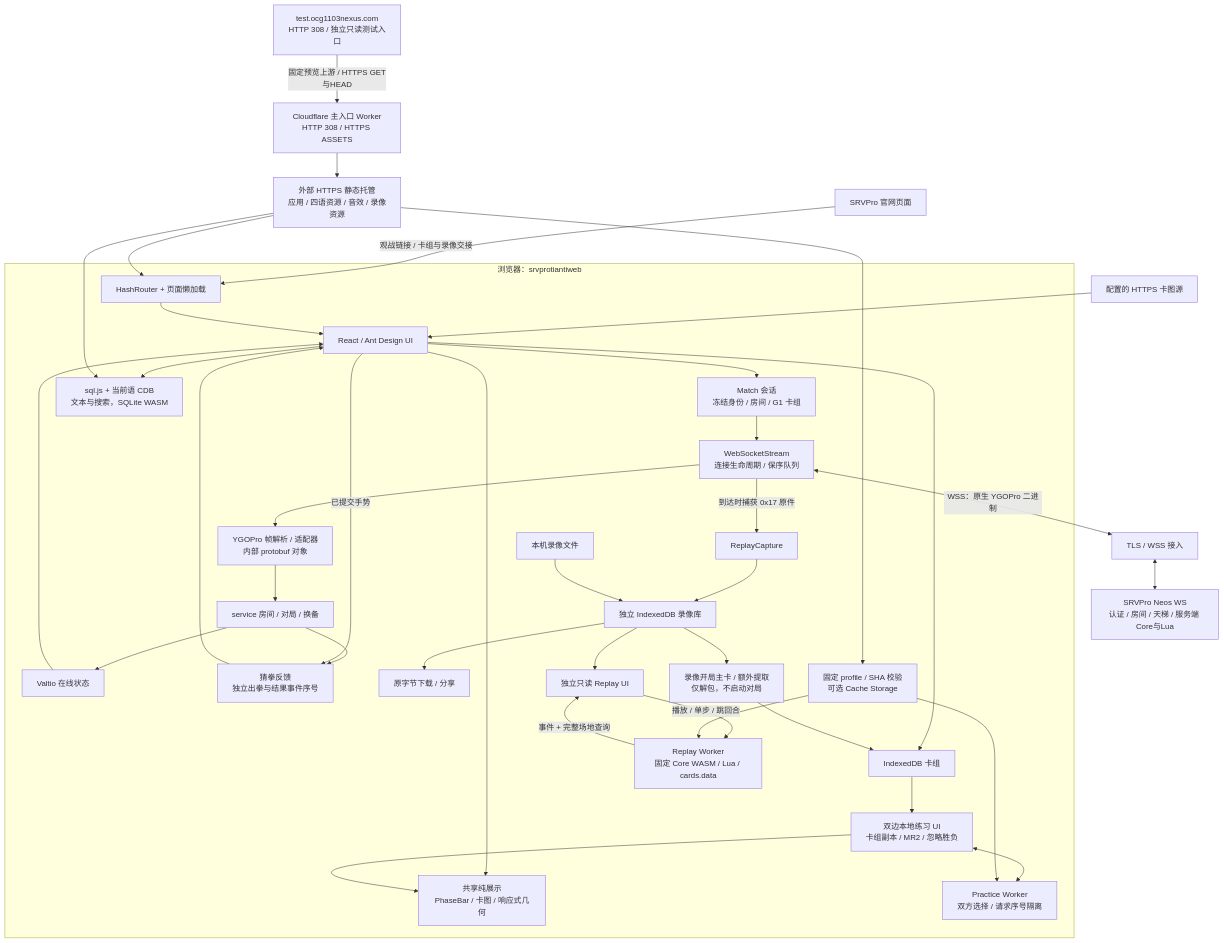
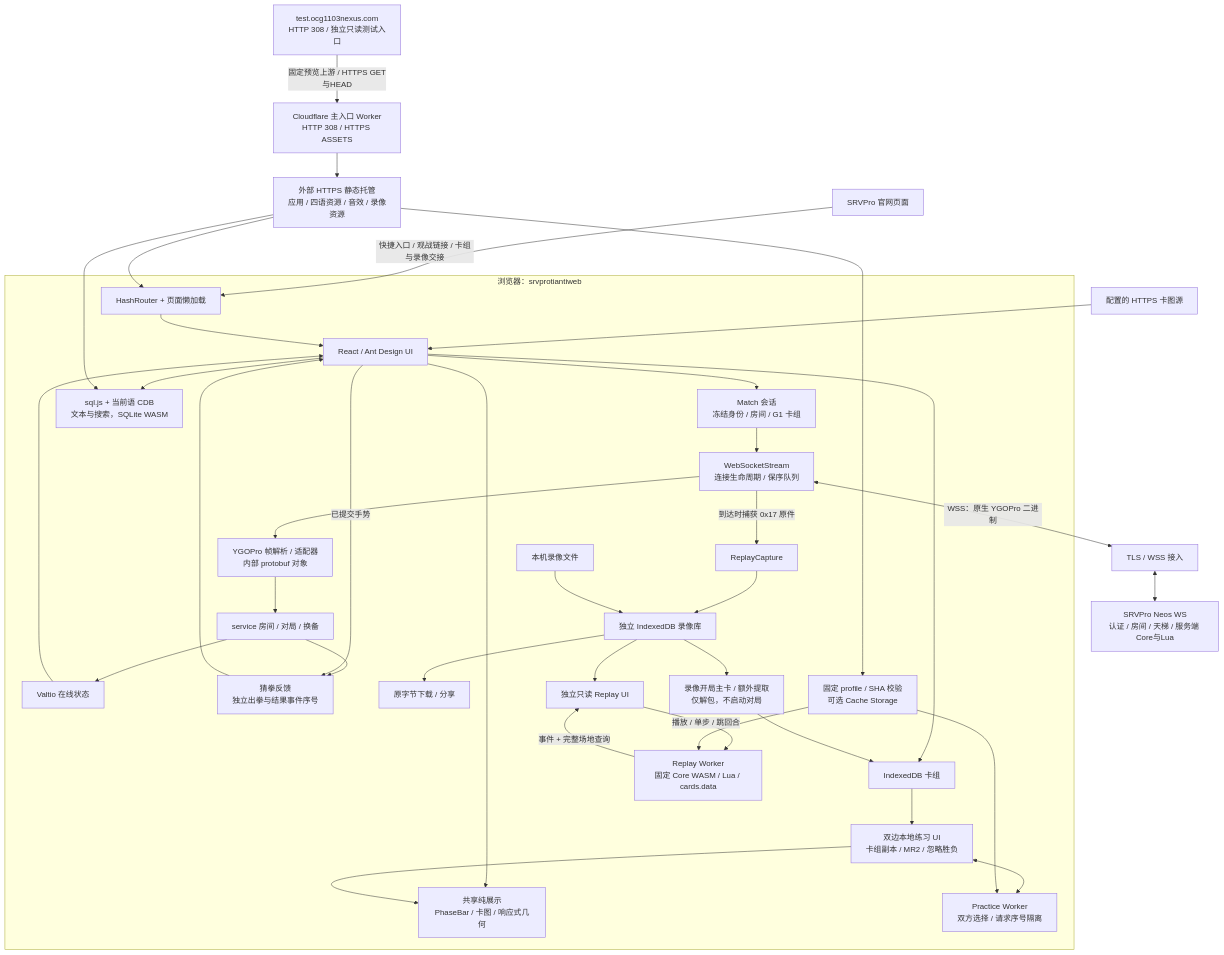
One commit to 301zrg/srvprotiantiweb changed the first of 5 diagrams in docs/ARCHITECTURE.md. Above: the diagram before and after it, drawn with Mermaid. The commit also changed other lines of this file and 15 other files, not shown here.

````diff
--- a/docs/ARCHITECTURE.md
+++ b/docs/ARCHITECTURE.md
@@ -9,41 +9,41 @@
 ```mermaid
 flowchart TB
-  Website["SRVPro 官网页面"] -->|"观战链接 / 卡组与录像交接"| Router
+  Website["SRVPro 官网页面"] -->|"快捷入口 / 观战链接 / 卡组与录像交接"| Router
   Static["外部 HTTPS 静态托管<br/>应用 / 四语资源 / 音效 / 录像资源"] --> Router
   StaticEntry["Cloudflare 主入口 Worker<br/>HTTP 308 / HTTPS ASSETS"] --> Static
   TestEntry["test.ocg1103nexus.com<br/>HTTP 308 / 独立只读测试入口"] -->|"固定预览上游 / HTTPS GET与HEAD"| StaticEntry
   Images["配置的 HTTPS 卡图源"] --> UI
   subgraph Browser["浏览器：srvprotiantiweb"]
     Router["HashRouter + 页面懒加载"] --> UI["React / Ant Design UI"]
     UI --> Join["Match 会话<br/>冻结身份 / 房间 / G1 卡组"]
     UI --> SharedDisplay["共享纯展示<br/>PhaseBar / 卡图 / 响应式几何"]
     Join --> Transport["WebSocketStream<br/>连接生命周期 / 保序队列"]
     Transport --> Adapter["YGOPro 帧解析 / 适配器<br/>内部 protobuf 对象"]
     Adapter --> Services["service 房间 / 对局 / 换备"]
     Services --> Stores["Valtio 在线状态"]
     Stores --> UI
     Services --> RpsNotice["猜拳反馈<br/>独立出拳与结果事件序号"]
     UI -->|"已提交手势"| RpsNotice
     RpsNotice --> UI
     UI --> Sqlite["sql.js + 当前语 CDB<br/>文本与搜索，SQLite WASM"]
     UI --> Decks["IndexedDB 卡组"]
     Transport -->|"到达时捕获 0x17 原件"| Capture["ReplayCapture"]
     Capture --> Library["独立 IndexedDB 录像库"]
     Files["本机录像文件"] --> Library
     Library --> Export["原字节下载 / 分享"]
     Library --> Player["独立只读 Replay UI"]
     Player -->|"播放 / 单步 / 跳回合"| Worker["Replay Worker<br/>固定 Core WASM / Lua / cards.data"]
     Worker -->|"事件 + 完整场地查询"| Player
     Profile["固定 profile / SHA 校验<br/>可选 Cache Storage"] --> Worker
     Library --> Extract["录像开局主卡 / 额外提取<br/>仅解包，不启动对局"]
     Extract --> Decks
     Decks --> Practice["双边本地练习 UI<br/>卡组副本 / MR2 / 忽略胜负"]
     Practice --> SharedDisplay
     Practice <--> PracticeWorker["Practice Worker<br/>双方选择 / 请求序号隔离"]
     Profile --> PracticeWorker
   end
   Transport <-->|"WSS：原生 YGOPro 二进制"| Gateway["TLS / WSS 接入"]
   Gateway <--> Server["SRVPro Neos WS<br/>认证 / 房间 / 天梯 / 服务端 Core与Lua"]
   Static --> Sqlite
   Static --> Profile
 ```
````
